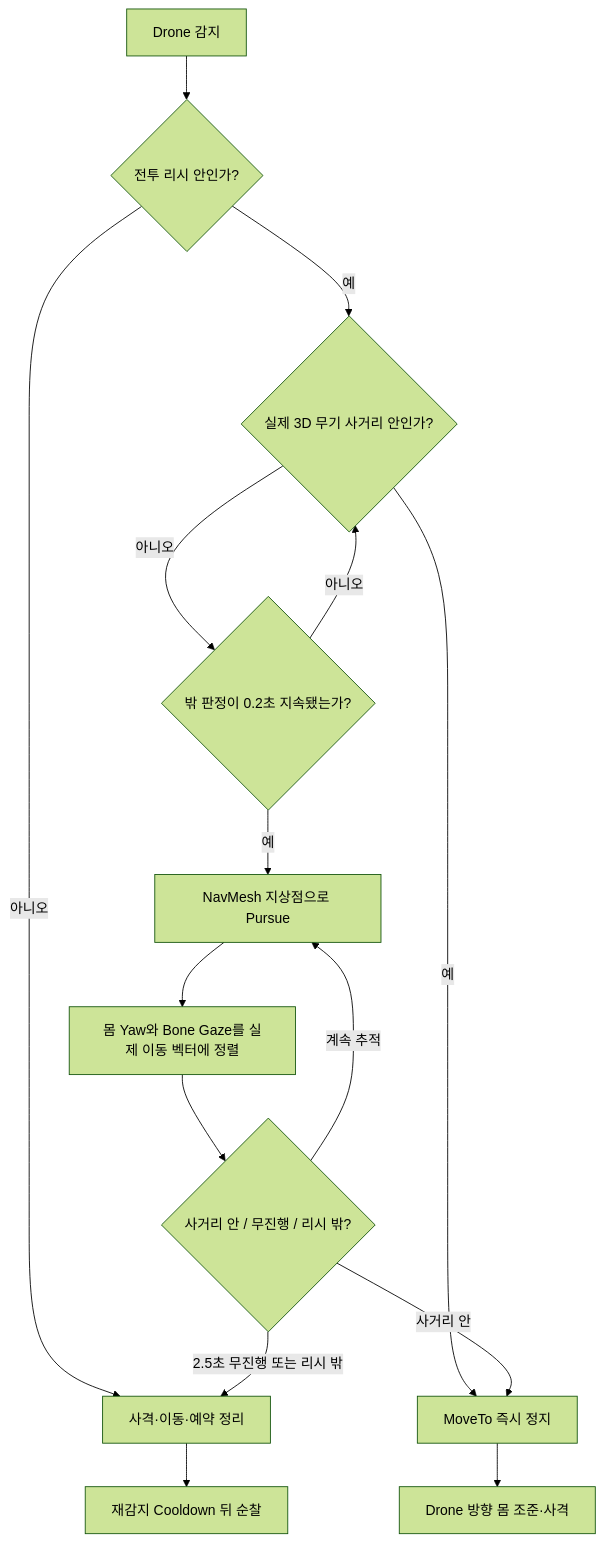
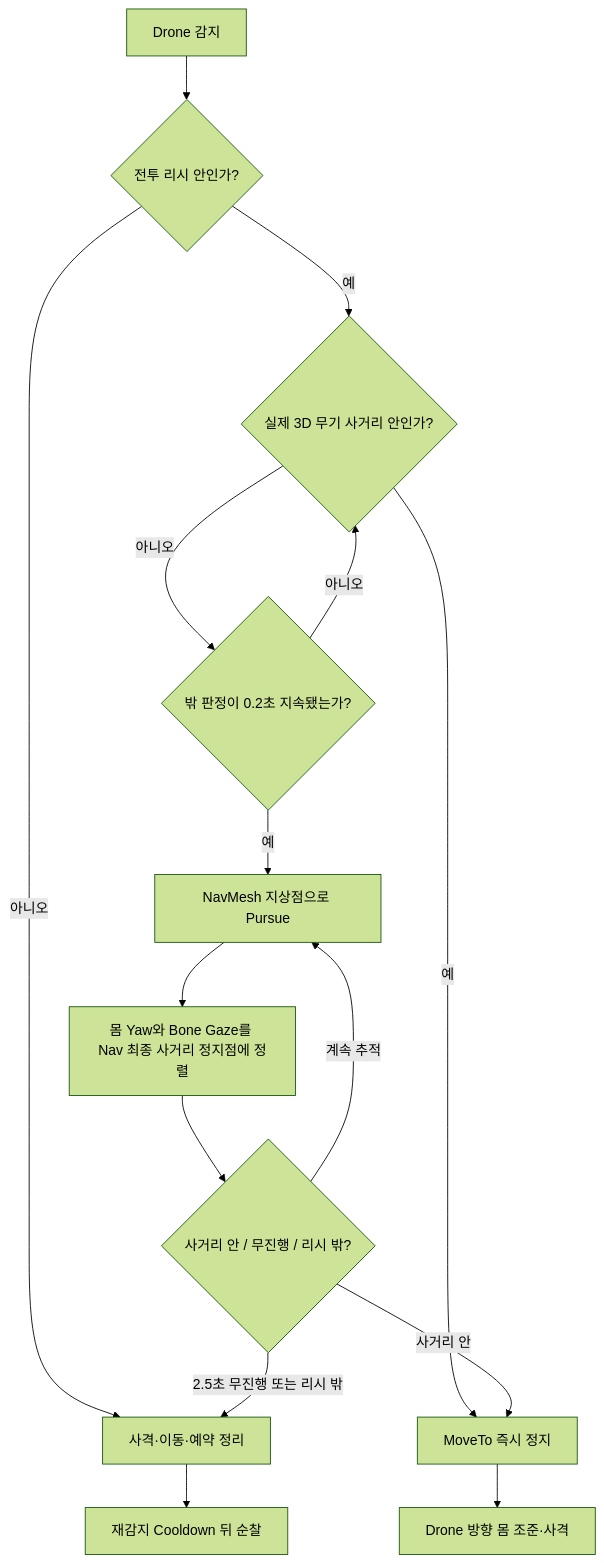
One commit to gyeonliz/md changed the diagram in docs/ai/DRONE_SMART_OBJECT_NPC_GUIDE.md. Above: the diagram before and after it, drawn with Mermaid (forest theme). The commit also changed other lines of this file and 55 other files, not shown here.

````diff
--- a/docs/ai/DRONE_SMART_OBJECT_NPC_GUIDE.md
+++ b/docs/ai/DRONE_SMART_OBJECT_NPC_GUIDE.md
@@ -555,17 +561,17 @@
 ```mermaid
 flowchart TD
     A[Drone 감지] --> B{전투 리시 안인가?}
     B -- 아니오 --> H[사격·이동·예약 정리]
     H --> I[재감지 Cooldown 뒤 순찰]
     B -- 예 --> C{실제 3D 무기 사거리 안인가?}
     C -- 예 --> D[MoveTo 즉시 정지]
     D --> E[Drone 방향 몸 조준·사격]
     C -- 아니오 --> F{밖 판정이 0.2초 지속됐는가?}
     F -- 아니오 --> C
     F -- 예 --> G[NavMesh 지상점으로 Pursue]
-    G --> J[몸 Yaw와 Bone Gaze를 실제 이동 벡터에 정렬]
+    G --> J[몸 Yaw와 Bone Gaze를 Nav 최종 사거리 정지점에 정렬]
     J --> K{사거리 안 / 무진행 / 리시 밖?}
     K -- 사거리 안 --> D
     K -- 2.5초 무진행 또는 리시 밖 --> H
     K -- 계속 추적 --> G
 ```
````
